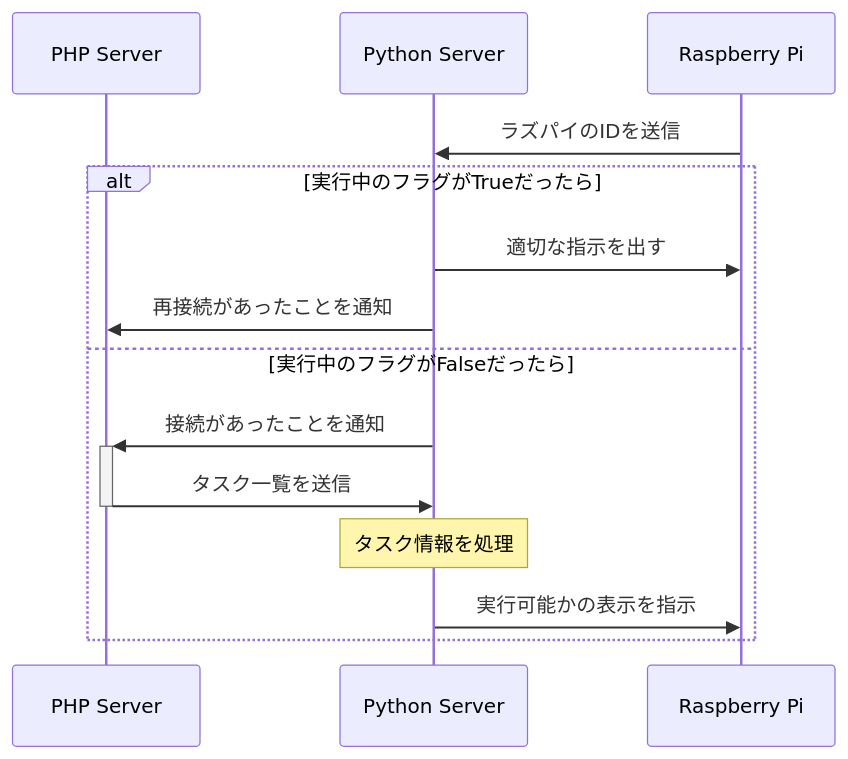
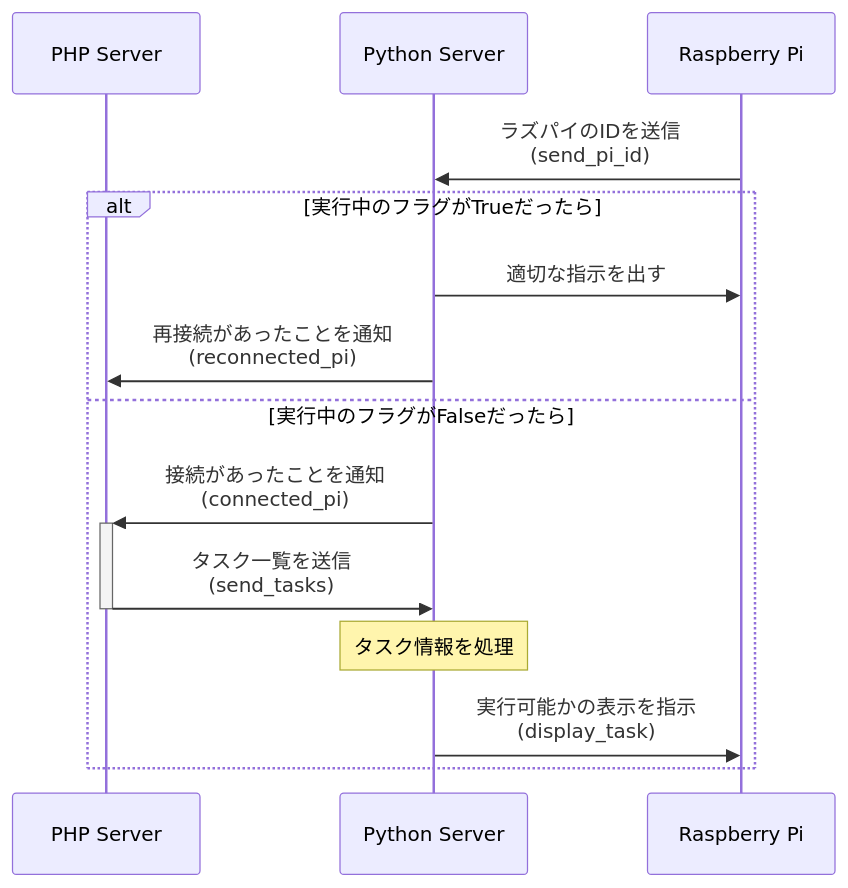
Before and after one commit to litech-team/li-learn-timer-docs: the first of 5 diagrams in sequence.md, drawn with Mermaid. The commit also changed other lines of this file, not shown here.

````diff
--- a/sequence.md
+++ b/sequence.md
@@ -5,17 +5,17 @@
 ```mermaid
 sequenceDiagram
     participant server as PHP Server
     participant python as Python Server
     participant client as Raspberry Pi
 
-    client ->> python: ラズパイのIDを送信
+    client ->> python: ラズパイのIDを送信<br>(send_pi_id)
     alt 実行中のフラグがTrueだったら
         python ->> client: 適切な指示を出す
-        python ->> server: 再接続があったことを通知
+        python ->> server: 再接続があったことを通知<br>(reconnected_pi)
     else 実行中のフラグがFalseだったら
-        python ->>+ server: 接続があったことを通知
-        server ->>- python: タスク一覧を送信
+        python ->>+ server: 接続があったことを通知<br>(connected_pi)
+        server ->>- python: タスク一覧を送信<br>(send_tasks)
         Note over python: タスク情報を処理
-        python ->> client: 実行可能かの表示を指示
+        python ->> client: 実行可能かの表示を指示<br>(display_task)
     end
 ```
````
